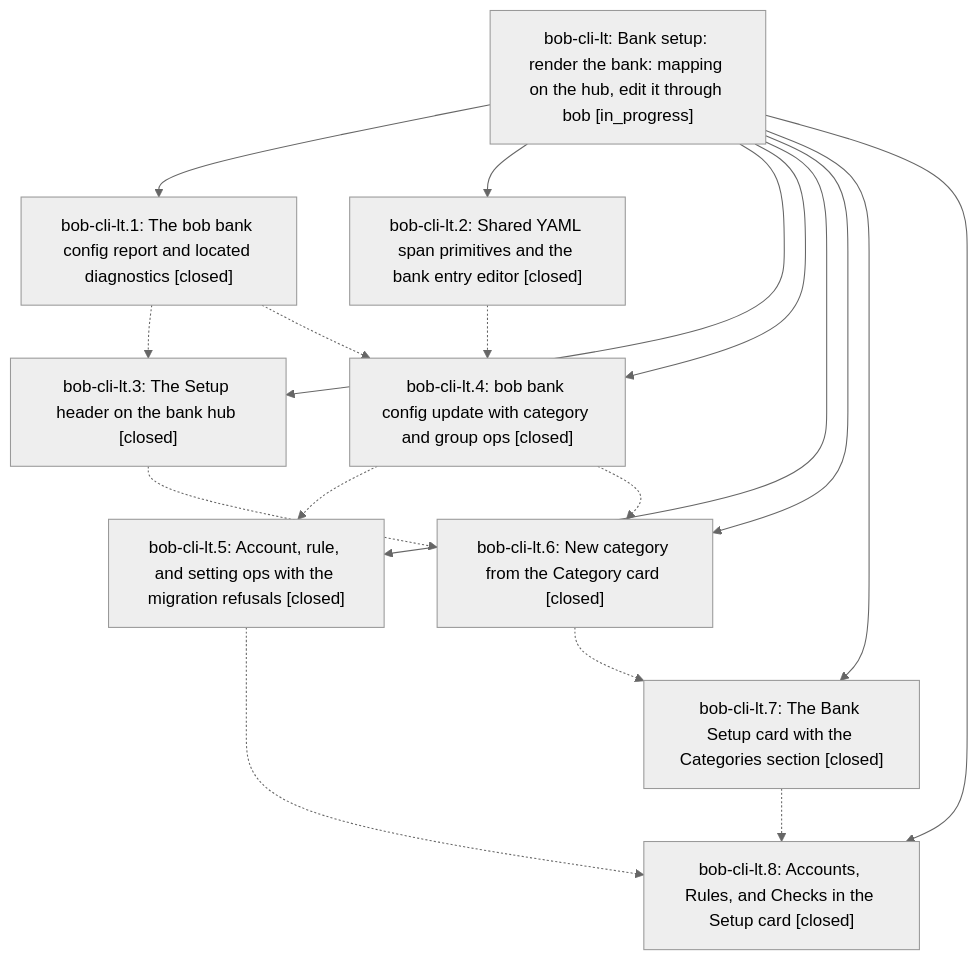
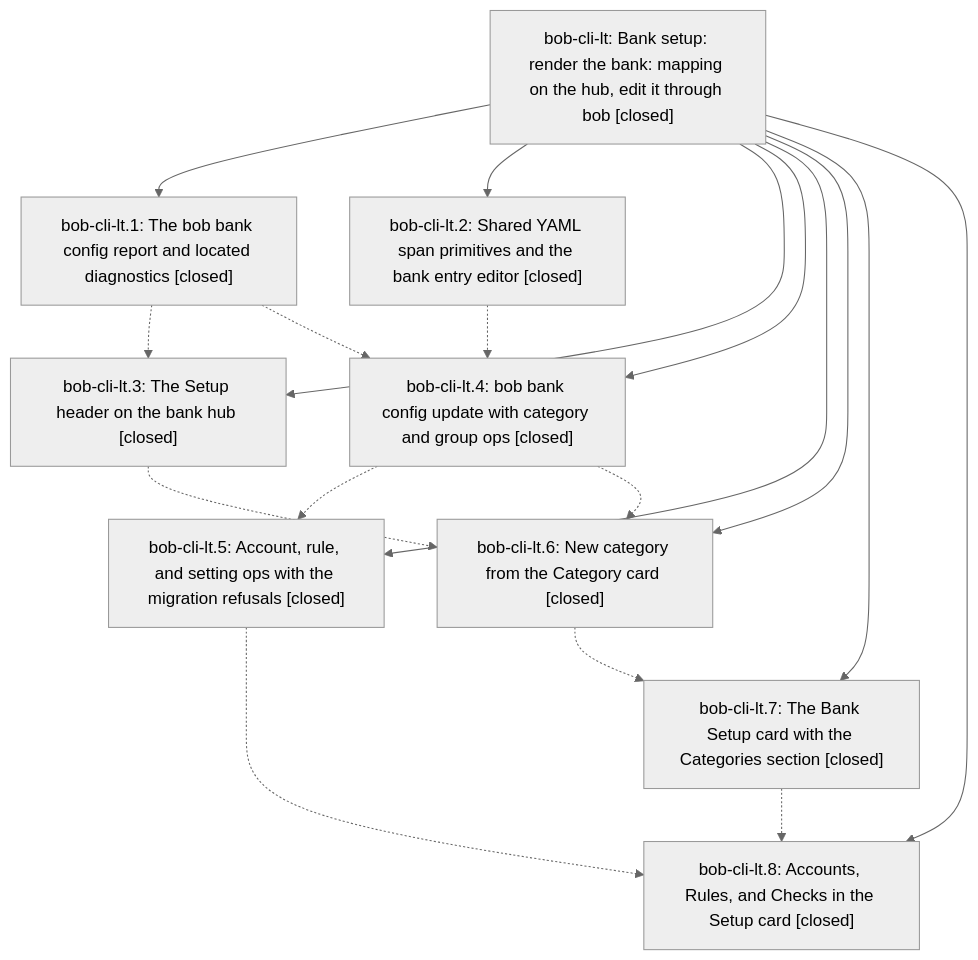
One commit to bobs-org/bob-cli--beads changed the diagram in pages/bob-cli-lt/README.md. Above: the diagram before and after it, drawn with Mermaid (neutral theme). The commit also changed other lines of this file and 8 other files, not shown here.

First line of the commit message:
chore(beads): sync bead state and pages for bob-cli-lt

````diff
--- a/pages/bob-cli-lt/README.md
+++ b/pages/bob-cli-lt/README.md
@@ -60,29 +91,29 @@
 ```mermaid
 flowchart TD
-    n0["bob-cli-lt: Bank setup: render the bank: mapping on the hub, edit it through bob [in_progress]"]
+    n0["bob-cli-lt: Bank setup: render the bank: mapping on the hub, edit it through bob [closed]"]
     n1["bob-cli-lt.1: The bob bank config report and located diagnostics [closed]"]
     n2["bob-cli-lt.2: Shared YAML span primitives and the bank entry editor [closed]"]
     n3["bob-cli-lt.3: The Setup header on the bank hub [closed]"]
     n4["bob-cli-lt.4: bob bank config update with category and group ops [closed]"]
     n5["bob-cli-lt.5: Account, rule, and setting ops with the migration refusals [closed]"]
     n6["bob-cli-lt.6: New category from the Category card [closed]"]
     n7["bob-cli-lt.7: The Bank Setup card with the Categories section [closed]"]
     n8["bob-cli-lt.8: Accounts, Rules, and Checks in the Setup card [closed]"]
     n0 --> n1
     n0 --> n2
     n0 --> n3
     n0 --> n4
     n0 --> n5
     n0 --> n6
     n0 --> n7
     n0 --> n8
     n1 -.-> n3
     n1 -.-> n4
     n2 -.-> n4
     n3 -.-> n6
     n4 -.-> n5
     n4 -.-> n6
     n5 -.-> n8
     n6 -.-> n7
     n7 -.-> n8
 ```
````
